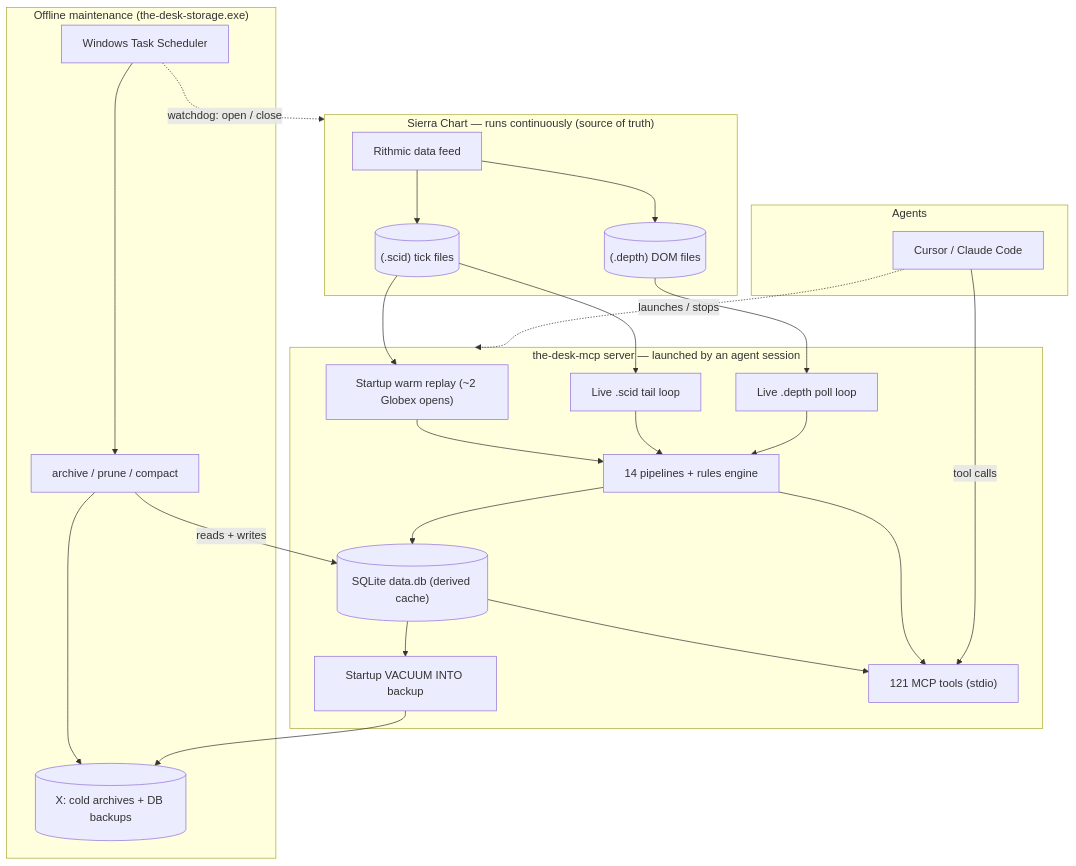
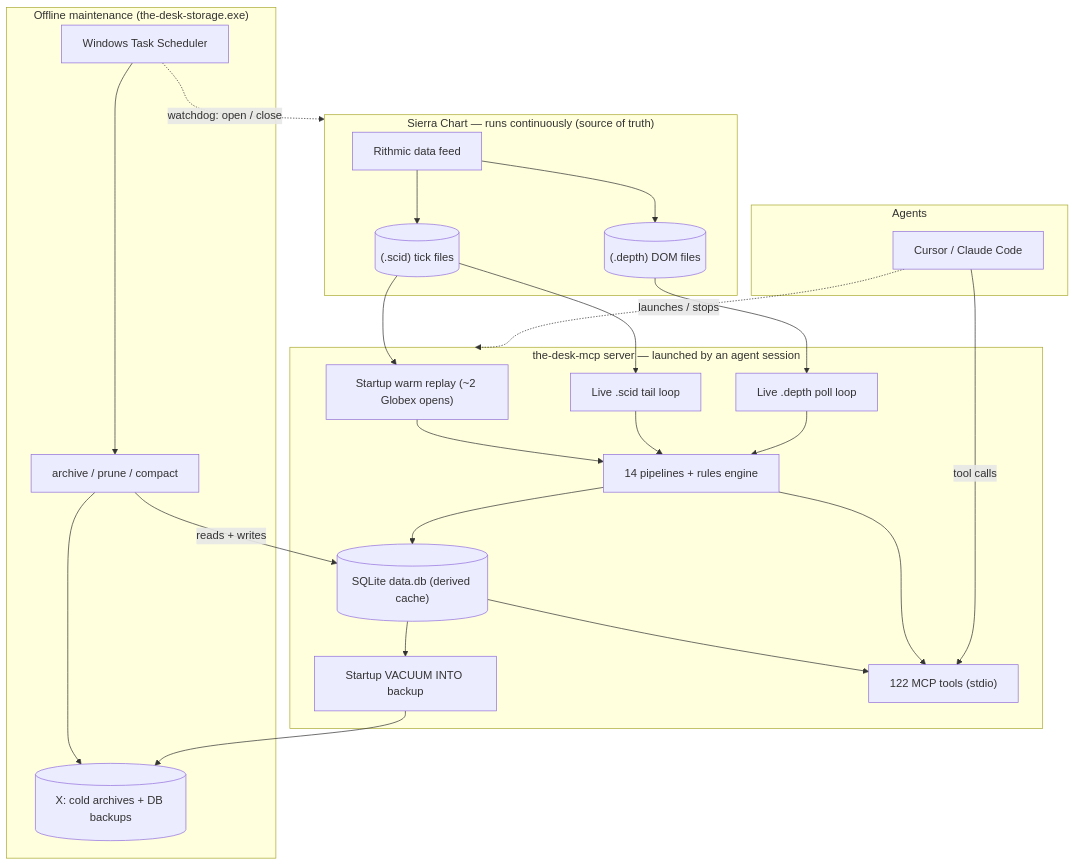
One commit to alecwardd/the-desk changed the diagram in docs/architecture/data-flow.md. Above: the diagram before and after it, drawn with Mermaid. The commit also changed 30 other files, not shown here.

````diff
--- a/docs/architecture/data-flow.md
+++ b/docs/architecture/data-flow.md
@@ -20,48 +20,48 @@
 ```mermaid
 flowchart TB
     subgraph SIERRA["Sierra Chart — runs continuously (source of truth)"]
         FEED["Rithmic data feed"]
         SCID[("(.scid) tick files")]
         DEPTH[("(.depth) DOM files")]
         FEED --> SCID
         FEED --> DEPTH
     end
 
     subgraph SERVER["the-desk-mcp server — launched by an agent session"]
         WARM["Startup warm replay (~2 Globex opens)"]
         TAIL["Live .scid tail loop"]
         DLOOP["Live .depth poll loop"]
         PIPE["14 pipelines + rules engine"]
         DB[("SQLite data.db (derived cache)")]
         BK["Startup VACUUM INTO backup"]
-        TOOLS["121 MCP tools (stdio)"]
+        TOOLS["122 MCP tools (stdio)"]
         WARM --> PIPE
         TAIL --> PIPE
         DLOOP --> PIPE
         PIPE --> DB
         DB --> TOOLS
         PIPE --> TOOLS
         DB --> BK
     end
 
     subgraph AGENTS["Agents"]
         CURSOR["Cursor / Claude Code"]
     end
 
     subgraph MAINT["Offline maintenance (the-desk-storage.exe)"]
         STORE["archive / prune / compact"]
         COLD[("X: cold archives + DB backups")]
         TASKS["Windows Task Scheduler"]
     end
 
     SCID --> WARM
     SCID --> TAIL
     DEPTH --> DLOOP
     CURSOR -->|tool calls| TOOLS
     CURSOR -.->|launches / stops| SERVER
     STORE -->|reads + writes| DB
     STORE --> COLD
     BK --> COLD
     TASKS --> STORE
     TASKS -.->|watchdog: open / close| SIERRA
 ```
````
